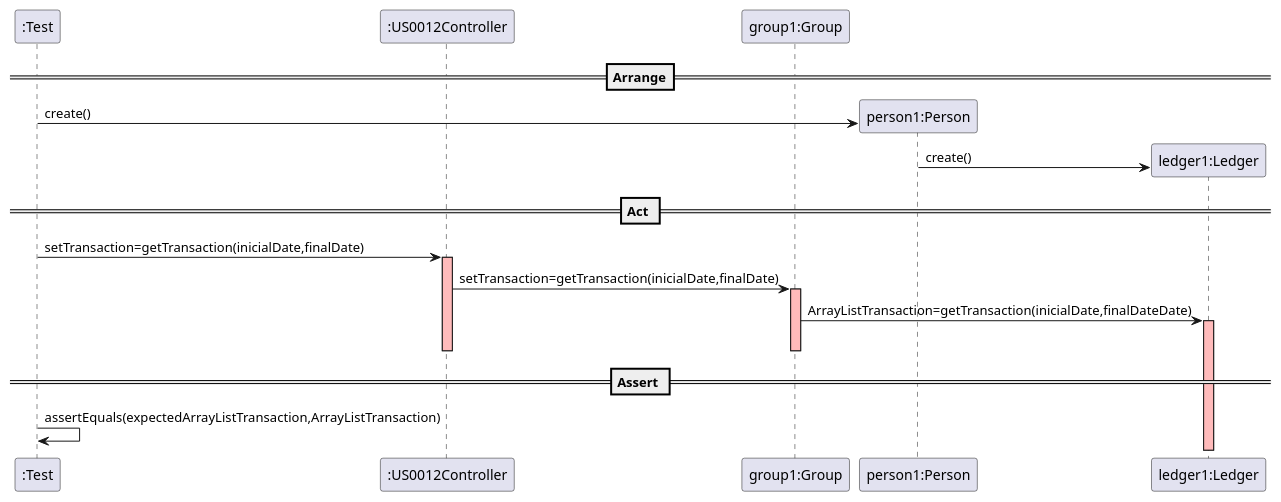
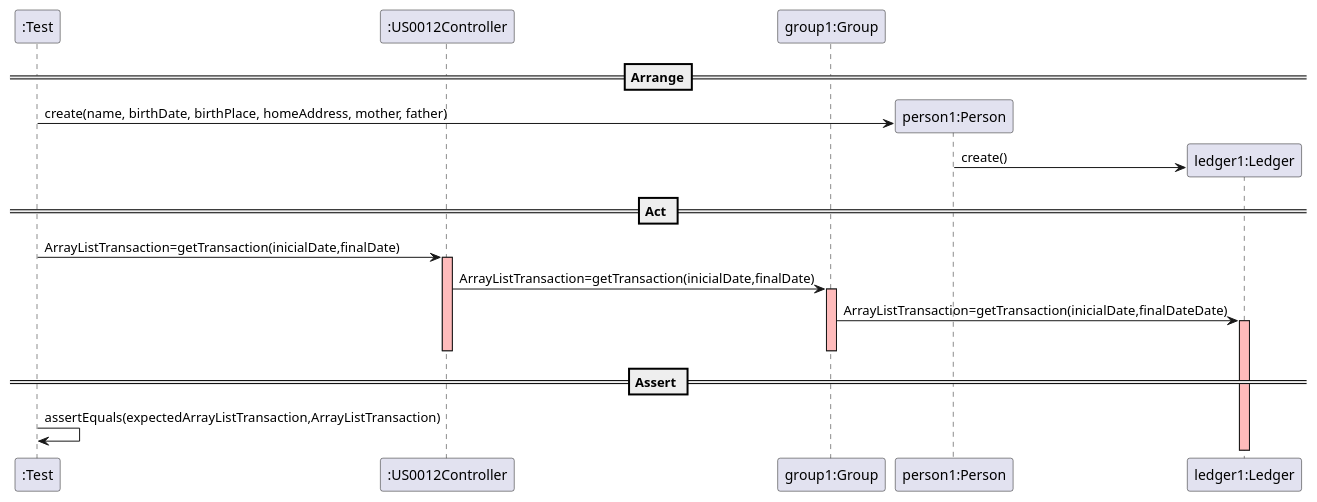
Before and after one commit to mleitaoribeiro/DevOpsMaven: the diagram in docs/SequenceDiagram - US012.puml, drawn with PlantUML.

Commit message:
fix #391 changed sequence diagram

```diff
--- a/docs/SequenceDiagram - US012.puml
+++ b/docs/SequenceDiagram - US012.puml
@@ -1,35 +1,35 @@
 @startuml
 create ":Test"
 
 ==Arrange==
 create ":US0012Controller"
 create "group1:Group"
 
 
 create "person1:Person"
-":Test" -> "person1:Person" : create()
+":Test" -> "person1:Person" : create(name, birthDate, birthPlace, homeAddress, mother, father)
 
 create "ledger1:Ledger"
 "person1:Person" -> "ledger1:Ledger" : create()
 
 == Act ==
 
-":Test" -> ":US0012Controller" : setTransaction=getTransaction(inicialDate,finalDate)
+":Test" -> ":US0012Controller" : ArrayListTransaction=getTransaction(inicialDate,finalDate)
 activate ":US0012Controller"  #FFBBBB
 
-":US0012Controller" -> "group1:Group" : setTransaction=getTransaction(inicialDate,finalDate)
+":US0012Controller" -> "group1:Group" : ArrayListTransaction=getTransaction(inicialDate,finalDate)
 activate "group1:Group"  #FFBBBB
 
 "group1:Group" -> "ledger1:Ledger" : ArrayListTransaction=getTransaction(inicialDate,finalDateDate)
 activate "ledger1:Ledger"  #FFBBBB
 
 
 
 deactivate "group1:Group"  #FFBBBB
 deactivate ":US0012Controller"  #FFBBBB
 
 == Assert ==
 
 ":Test" -> ":Test" : assertEquals(expectedArrayListTransaction,ArrayListTransaction)
 
 @enduml
```
